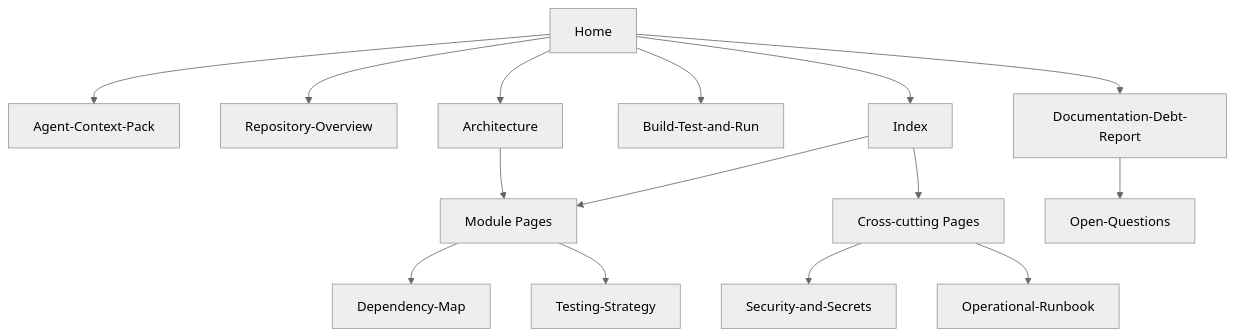
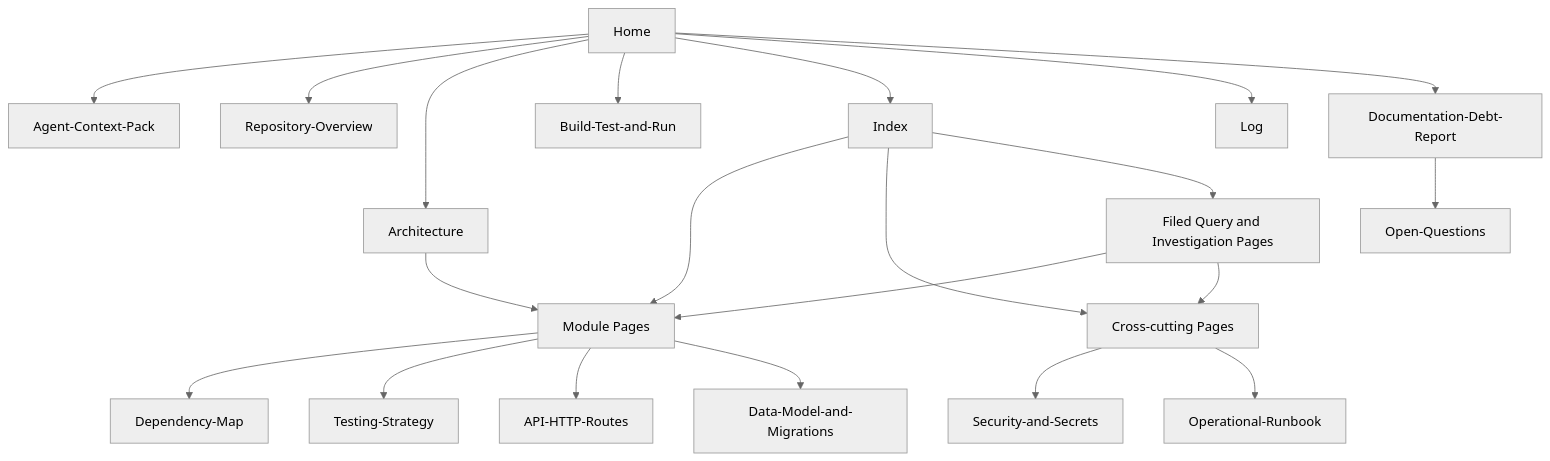
The ninth of 10 diagrams in docs/PLAN.md (mfittko/repo-wiki), drawn with Mermaid (neutral theme) before and after one commit. The commit also changed other lines of this file and 2 other files, not shown here.

````diff
--- a/docs/PLAN.md
+++ b/docs/PLAN.md
@@ -300,17 +438,23 @@
 ```mermaid
 flowchart TD
   Home --> Agent[Agent-Context-Pack]
   Home --> Overview[Repository-Overview]
   Home --> Architecture
   Home --> Build[Build-Test-and-Run]
   Home --> Index
+  Home --> Log
   Home --> DocsDebt[Documentation-Debt-Report]
   Index --> Modules[Module Pages]
   Index --> Cross[Cross-cutting Pages]
+  Index --> Investigations[Filed Query and Investigation Pages]
   DocsDebt --> Open[Open-Questions]
   Architecture --> Modules
   Modules --> Dependency[Dependency-Map]
   Modules --> Testing[Testing-Strategy]
+  Modules --> API[API-HTTP-Routes]
+  Modules --> Data[Data-Model-and-Migrations]
   Cross --> Security[Security-and-Secrets]
   Cross --> Runbook[Operational-Runbook]
+  Investigations --> Modules
+  Investigations --> Cross
 ```
````
